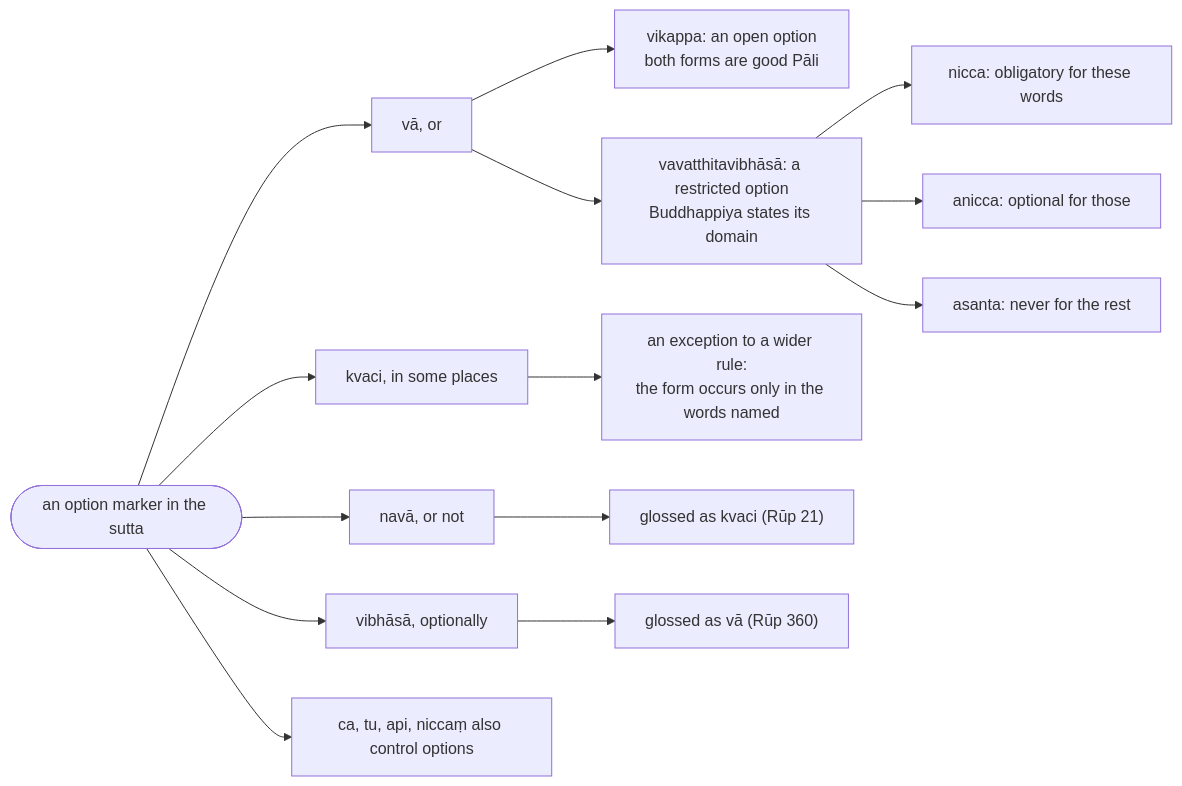
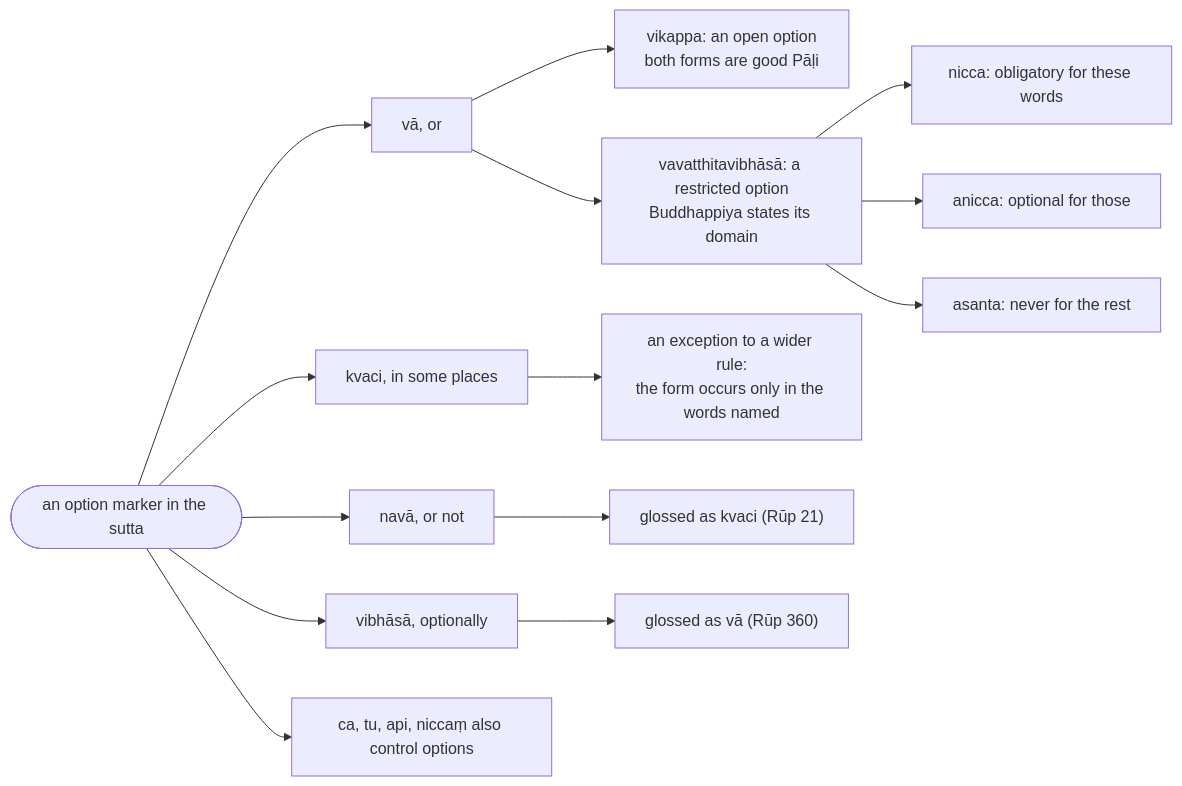
One commit to kaccayana/kaccayana.github.io changed the first of 2 diagrams in src/content/docs/rupasiddhi/index.mdx. Above: the diagram before and after it, drawn with Mermaid. The commit also changed 16 other files, not shown here.

````diff
--- a/src/content/docs/rupasiddhi/index.mdx
+++ b/src/content/docs/rupasiddhi/index.mdx
@@ -58,16 +58,16 @@
 ```mermaid
 flowchart LR
   O(["an option marker in the sutta"]) --> VA["vā, or"]
   O --> KV["kvaci, in some places"]
   O --> NV["navā, or not"]
   O --> VB["vibhāsā, optionally"]
   O --> CA["ca, tu, api, niccaṃ also control options"]
-  VA --> VK["vikappa: an open option<br/>both forms are good Pāli"]
+  VA --> VK["vikappa: an open option<br/>both forms are good Pāḷi"]
   VA --> VV["vavatthitavibhāsā: a restricted option<br/>Buddhappiya states its domain"]
   VV --> N1["nicca: obligatory for these words"]
   VV --> N2["anicca: optional for those"]
   VV --> N3["asanta: never for the rest"]
   KV --> KV1["an exception to a wider rule:<br/>the form occurs only in the words named"]
   NV --> NV1["glossed as kvaci (Rūp 21)"]
   VB --> VB1["glossed as vā (Rūp 360)"]
 ```
````
